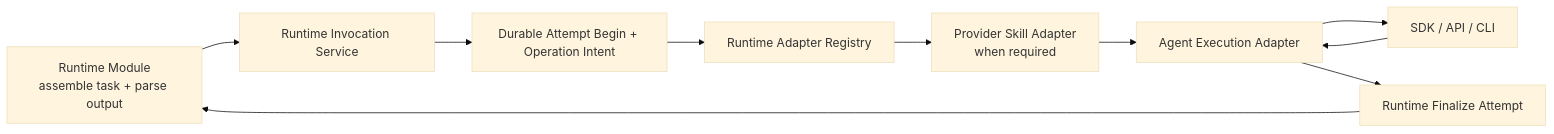
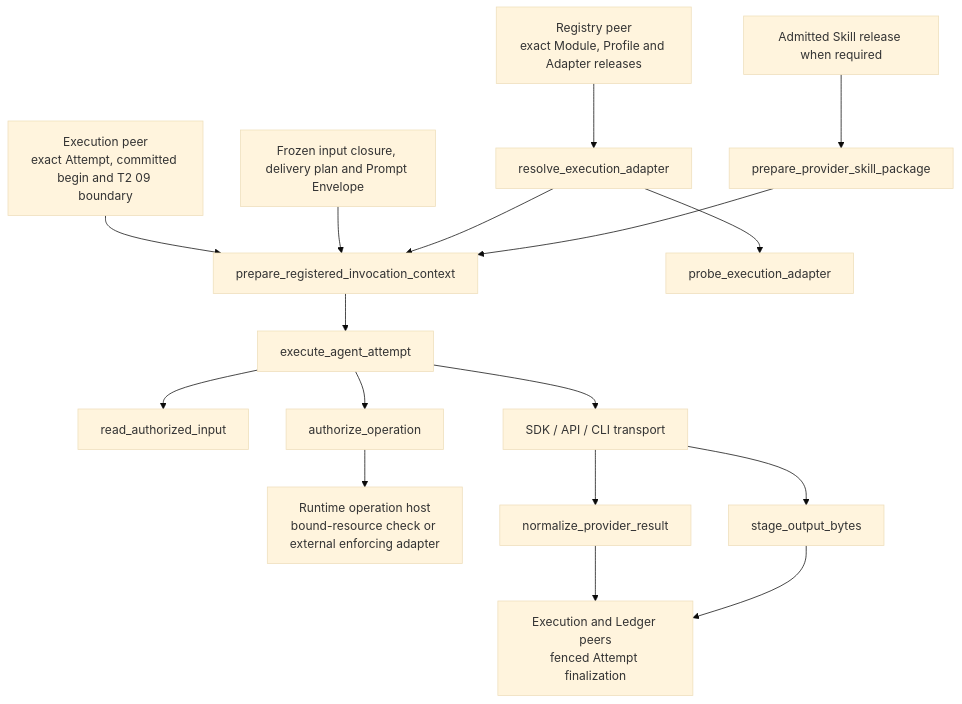
The diagram in designDoc/agent_runtime_08_agent_execution_adapter_contract.md (bobaoai/agent_runtime), drawn with Mermaid (base theme) before and after one commit. The commit also changed other lines of this file and 71 other files, not shown here.

````diff
--- a/designDoc/agent_runtime_08_agent_execution_adapter_contract.md
+++ b/designDoc/agent_runtime_08_agent_execution_adapter_contract.md
@@ -90,12 +75,19 @@
 ```mermaid
-flowchart LR
-    DOMAIN["Runtime Module<br/>assemble task + parse output"] --> SERVICE["Runtime Invocation Service"]
-    SERVICE --> BEGIN["Durable Attempt Begin + Operation Intent"]
-    BEGIN --> REG["Runtime Adapter Registry"]
-    REG --> SKILL["Provider Skill Adapter<br/>when required"]
-    SKILL --> ADAPTER["Agent Execution Adapter"]
-    ADAPTER --> PROVIDER["SDK / API / CLI"]
-    PROVIDER --> ADAPTER
-    ADAPTER --> FINAL["Runtime Finalize Attempt"]
-    FINAL --> DOMAIN
+flowchart TD
+    E["Execution peer<br/>exact Attempt, committed begin and T2 09 boundary"] --> C["prepare_registered_invocation_context"]
+    I["Frozen input closure, delivery plan and Prompt Envelope"] --> C
+    R["Registry peer<br/>exact Module, Profile and Adapter releases"] --> A["resolve_execution_adapter"]
+    A --> C
+    A --> P["probe_execution_adapter"]
+    S["Admitted Skill release when required"] --> K["prepare_provider_skill_package"]
+    K --> C
+    C --> X["execute_agent_attempt"]
+    X --> U["read_authorized_input"]
+    X --> T["authorize_operation"]
+    T --> H["Runtime operation host<br/>bound-resource check or external enforcing adapter"]
+    X --> V["SDK / API / CLI transport"]
+    V --> N["normalize_provider_result"]
+    V --> O["stage_output_bytes"]
+    N --> F["Execution and Ledger peers<br/>fenced Attempt finalization"]
+    O --> F
 ```
````
